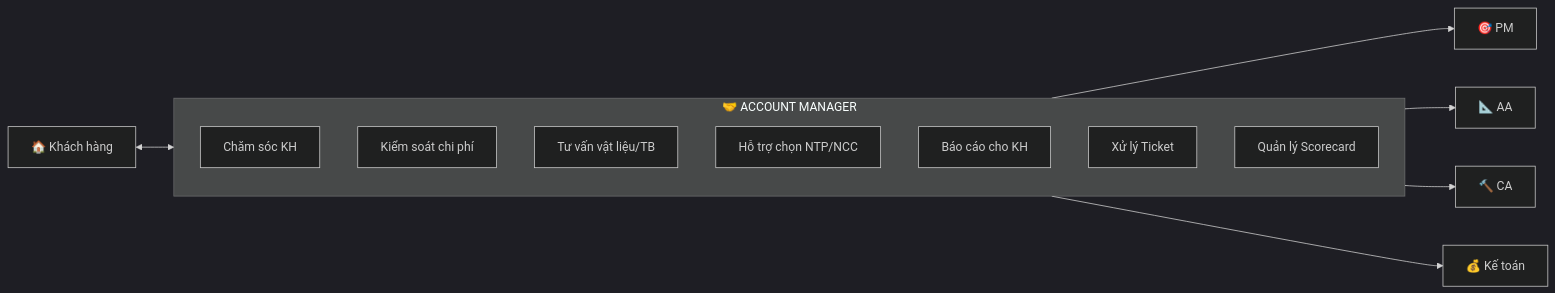
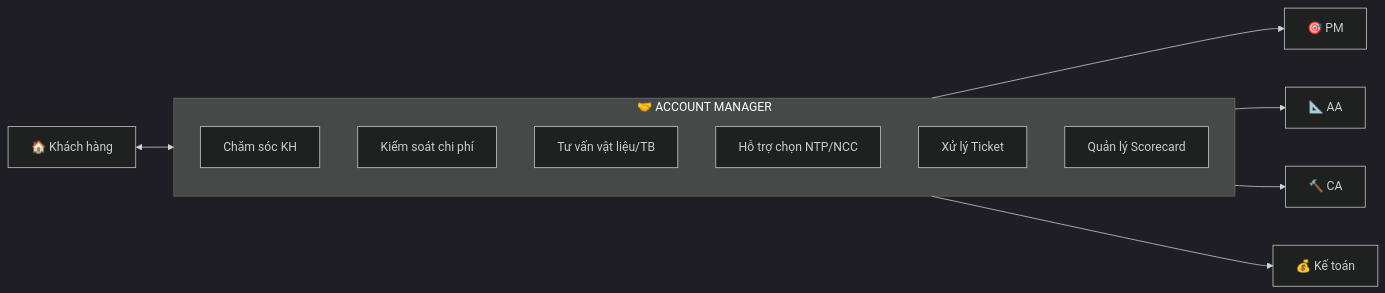
One commit to namdh9939/SOP-QLDA-TLXN changed the diagram in 02-ACCOUNT/README.md. Above: the diagram before and after it, drawn with Mermaid (dark theme). The commit also changed other lines of this file and 5 other files, not shown here.

````diff
--- a/02-ACCOUNT/README.md
+++ b/02-ACCOUNT/README.md
@@ -11,18 +11,17 @@
 ```mermaid
 flowchart LR
     subgraph ACCOUNT["🤝 ACCOUNT MANAGER"]
         A1["Chăm sóc KH"]
         A2["Kiểm soát chi phí"]
         A3["Tư vấn vật liệu/TB"]
         A4["Hỗ trợ chọn NTP/NCC"]
-        A5["Báo cáo cho KH"]
-        A6["Xử lý Ticket"]
-        A7["Quản lý Scorecard"]
+        A5["Xử lý Ticket"]
+        A6["Quản lý Scorecard"]
     end
 
     KH["🏠 Khách hàng"] <--> ACCOUNT
     ACCOUNT --> PM["🎯 PM"]
     ACCOUNT --> AA["📐 AA"]
     ACCOUNT --> CA["🔨 CA"]
     ACCOUNT --> KT["💰 Kế toán"]
 ```
````
